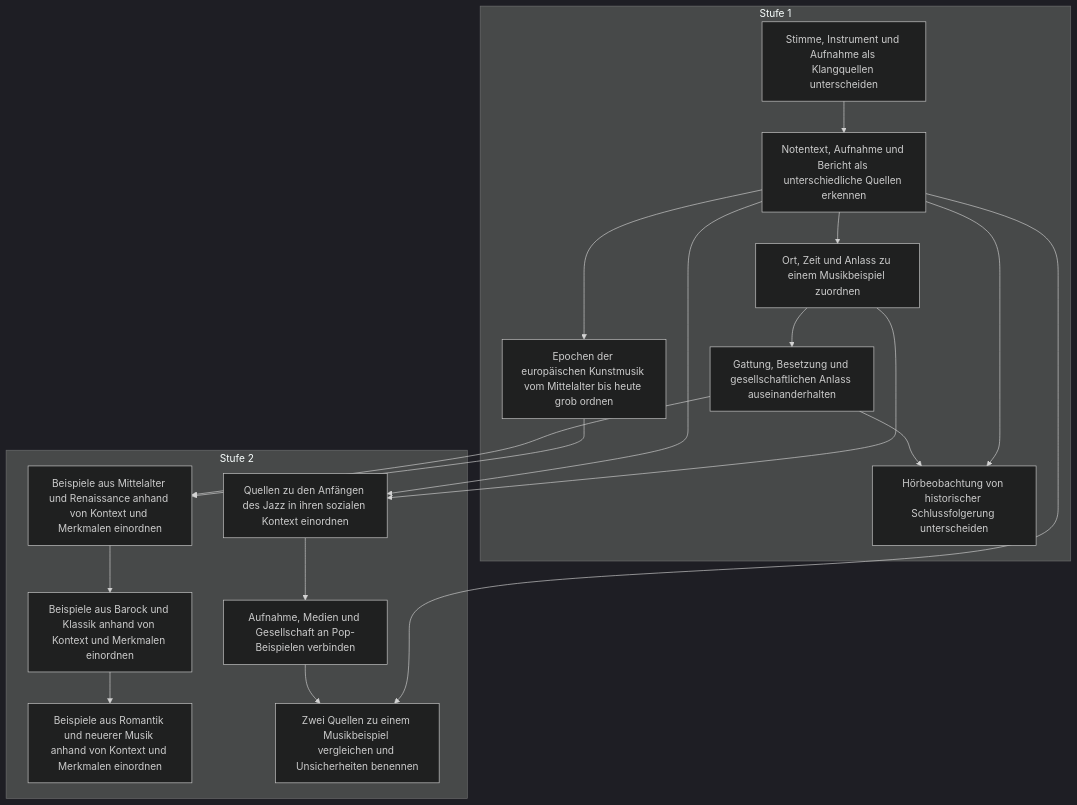
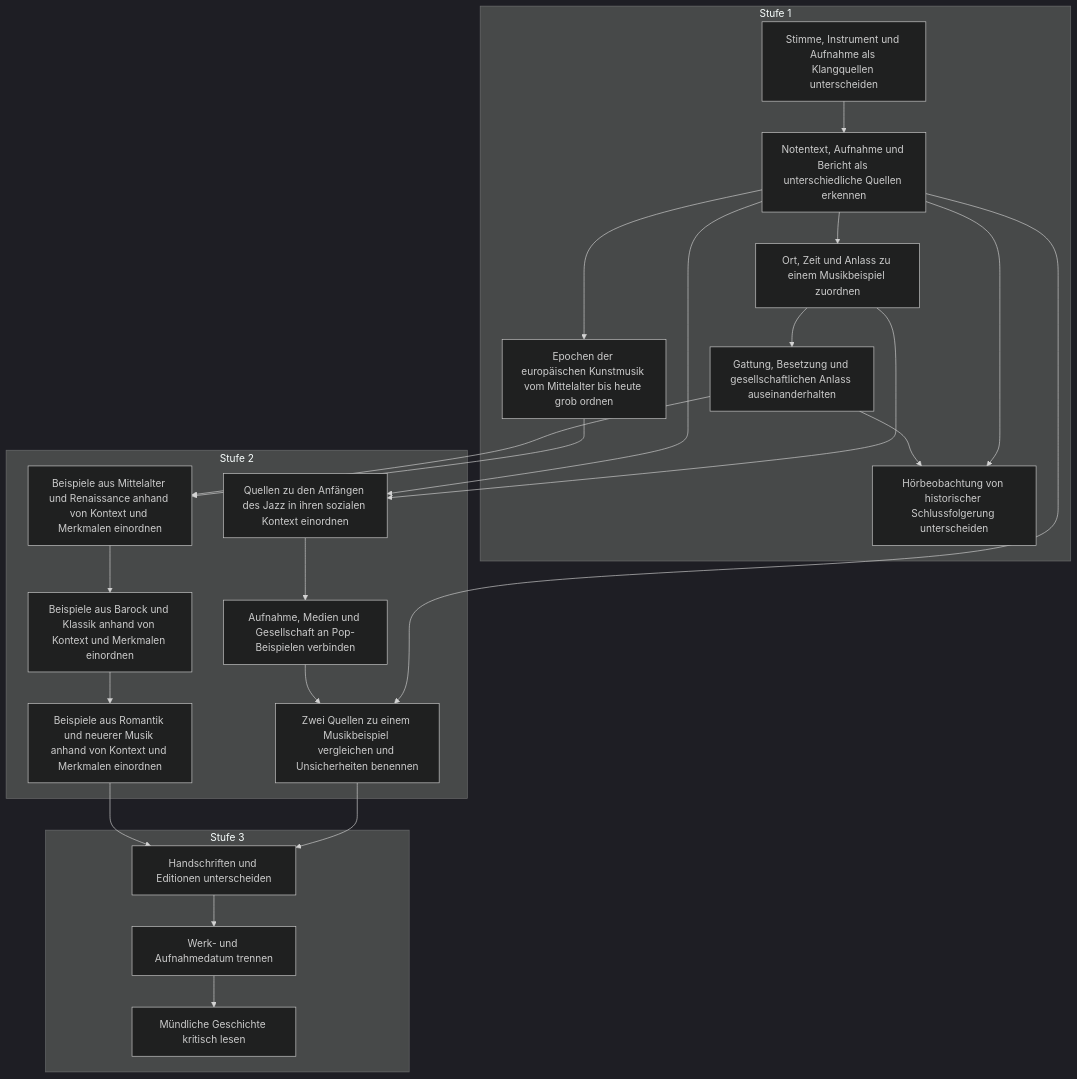
The ninth of 13 diagrams in docs/plan/faehigkeitsgraph-diagramme.md (PhiFa96/harmonia), drawn with Mermaid (dark theme) before and after one commit. The commit also changed other lines of this file and 47 other files, not shown here.

````diff
--- a/docs/plan/faehigkeitsgraph-diagramme.md
+++ b/docs/plan/faehigkeitsgraph-diagramme.md
@@ -511,34 +590,43 @@
 ```mermaid
 flowchart TD
   subgraph level1["Stufe 1"]
     s34["Stimme, Instrument und Aufnahme als Klangquellen unterscheiden"]
     s35["Notentext, Aufnahme und Bericht als unterschiedliche Quellen erkennen"]
     s36["Ort, Zeit und Anlass zu einem Musikbeispiel zuordnen"]
     s37["Epochen der europäischen Kunstmusik vom Mittelalter bis heute grob ordnen"]
     s38["Gattung, Besetzung und gesellschaftlichen Anlass auseinanderhalten"]
     s39["Hörbeobachtung von historischer Schlussfolgerung unterscheiden"]
   end
   subgraph level2["Stufe 2"]
     s84["Beispiele aus Mittelalter und Renaissance anhand von Kontext und Merkmalen einordnen"]
     s85["Beispiele aus Barock und Klassik anhand von Kontext und Merkmalen einordnen"]
     s86["Beispiele aus Romantik und neuerer Musik anhand von Kontext und Merkmalen einordnen"]
     s87["Quellen zu den Anfängen des Jazz in ihren sozialen Kontext einordnen"]
     s88["Aufnahme, Medien und Gesellschaft an Pop-Beispielen verbinden"]
     s89["Zwei Quellen zu einem Musikbeispiel vergleichen und Unsicherheiten benennen"]
   end
+  subgraph level3["Stufe 3"]
+    s123["Handschriften und Editionen unterscheiden"]
+    s124["Werk- und Aufnahmedatum trennen"]
+    s125["Mündliche Geschichte kritisch lesen"]
+  end
   s34 --> s35
   s35 --> s36
   s35 --> s37
   s36 --> s38
   s35 --> s39
   s38 --> s39
   s37 --> s84
   s38 --> s84
   s84 --> s85
   s85 --> s86
   s36 --> s87
   s35 --> s87
   s87 --> s88
   s35 --> s89
   s88 --> s89
+  s89 --> s123
+  s86 --> s123
+  s123 --> s124
+  s124 --> s125
 ```
````
